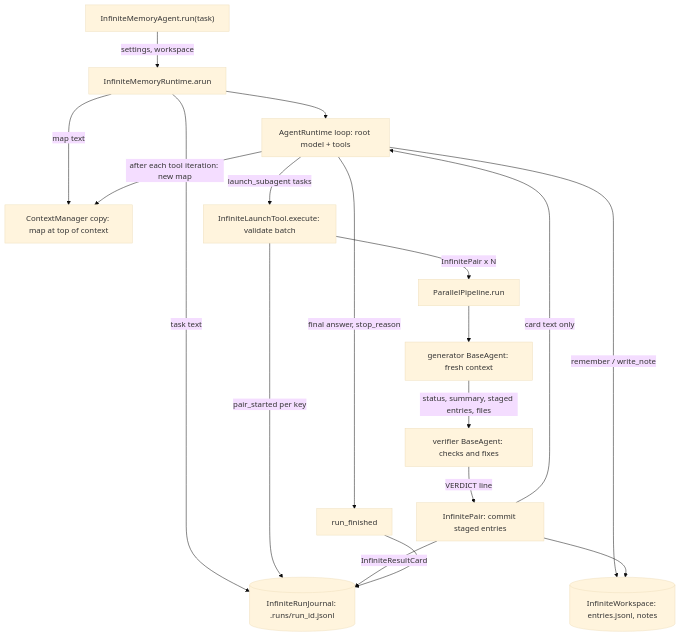
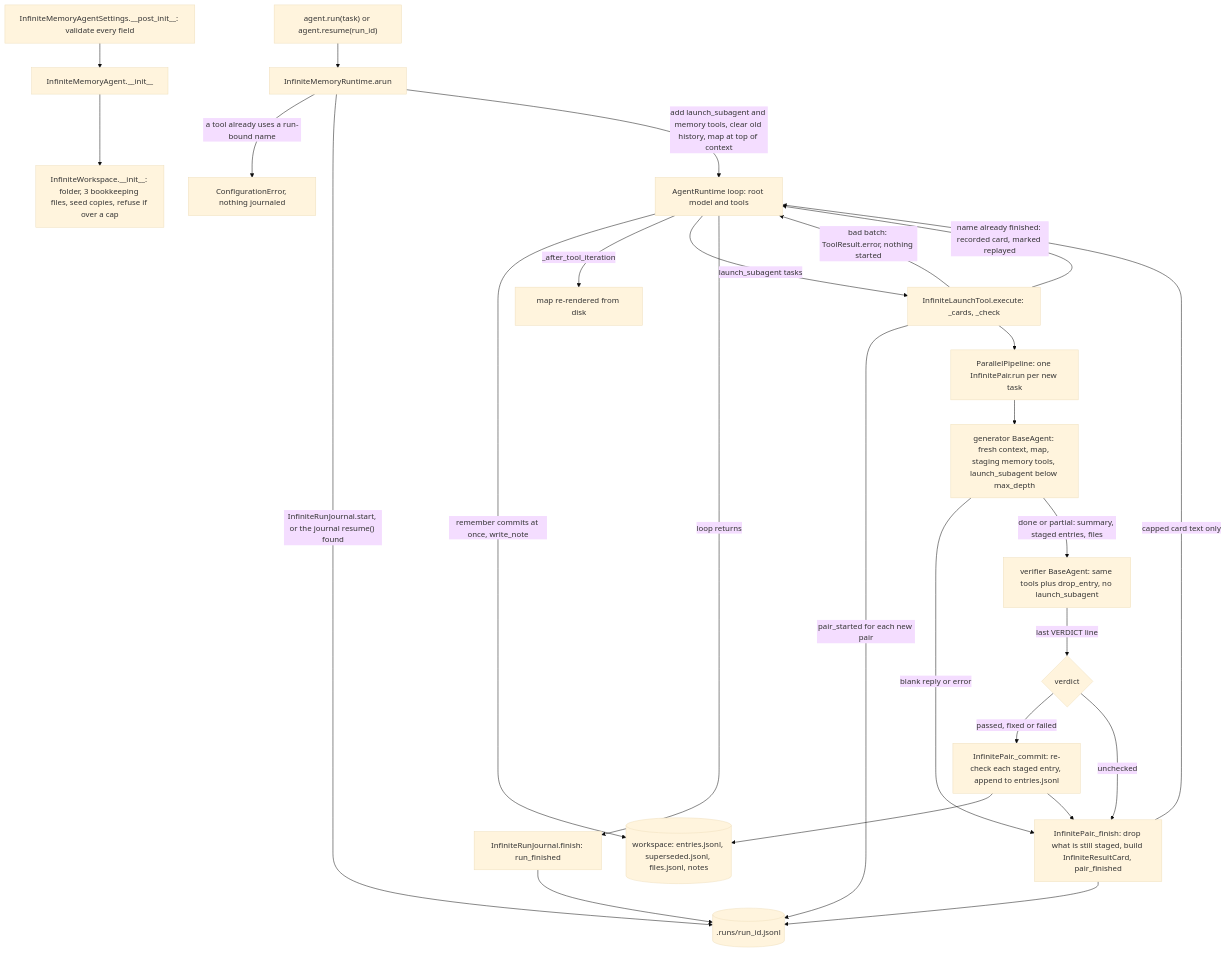
Before and after one commit to cerredz/Vidbyte-SDK: the first of 2 diagrams in docs/spec/infinite-memory-agent/spec.md, drawn with Mermaid (base theme). The commit also changed other lines of this file and 1 other file, not shown here.

Commit message:
docs(spec): finalize infinite-memory-agent for PR

````diff
--- a/docs/spec/infinite-memory-agent/spec.md
+++ b/docs/spec/infinite-memory-agent/spec.md
@@ -120,20 +120,28 @@
 ```mermaid
 flowchart TD
-  A["InfiniteMemoryAgent.run(task)"] -->|"settings, workspace"| B["InfiniteMemoryRuntime.arun"]
-  B -->|"task text"| J[("InfiniteRunJournal: .runs/run_id.jsonl")]
-  B -->|"map text"| M["ContextManager copy: map at top of context"]
-  B --> L["AgentRuntime loop: root model + tools"]
-  L -->|"remember / write_note"| W[("InfiniteWorkspace: entries.jsonl, notes")]
-  L -->|"launch_subagent tasks"| T["InfiniteLaunchTool.execute: validate batch"]
-  T -->|"pair_started per key"| J
-  T -->|"InfinitePair x N"| P["ParallelPipeline.run"]
-  P --> G["generator BaseAgent: fresh context"]
-  G -->|"status, summary, staged entries, files"| V["verifier BaseAgent: checks and fixes"]
-  V -->|"VERDICT line"| C["InfinitePair: commit staged entries"]
-  C --> W
-  C -->|"InfiniteResultCard"| J
-  C -->|"card text only"| L
-  L -->|"after each tool iteration: new map"| M
-  L -->|"final answer, stop_reason"| F["run_finished"]
+  S["InfiniteMemoryAgentSettings.__post_init__: validate every field"] --> A["InfiniteMemoryAgent.__init__"]
+  A --> WS["InfiniteWorkspace.__init__: folder, 3 bookkeeping files, seed copies, refuse if over a cap"]
+  R["agent.run(task) or agent.resume(run_id)"] --> RT["InfiniteMemoryRuntime.arun"]
+  RT -->|"a tool already uses a run-bound name"| X["ConfigurationError, nothing journaled"]
+  RT -->|"InfiniteRunJournal.start, or the journal resume() found"| J[(".runs/run_id.jsonl")]
+  RT -->|"add launch_subagent and memory tools, clear old history, map at top of context"| L["AgentRuntime loop: root model and tools"]
+  L -->|"remember commits at once, write_note"| W[("workspace: entries.jsonl, superseded.jsonl, files.jsonl, notes")]
+  L -->|"_after_tool_iteration"| M["map re-rendered from disk"]
+  L -->|"launch_subagent tasks"| T["InfiniteLaunchTool.execute: _cards, _check"]
+  T -->|"bad batch: ToolResult.error, nothing started"| L
+  T -->|"name already finished: recorded card, marked replayed"| L
+  T -->|"pair_started for each new pair"| J
+  T --> P["ParallelPipeline: one InfinitePair.run per new task"]
+  P --> G["generator BaseAgent: fresh context, map, staging memory tools, launch_subagent below max_depth"]
+  G -->|"blank reply or error"| F["InfinitePair._finish: drop what is still staged, build InfiniteResultCard, pair_finished"]
+  G -->|"done or partial: summary, staged entries, files"| V["verifier BaseAgent: same tools plus drop_entry, no launch_subagent"]
+  V -->|"last VERDICT line"| C{"verdict"}
+  C -->|"passed, fixed or failed"| CM["InfinitePair._commit: re-check each staged entry, append to entries.jsonl"]
+  C -->|"unchecked"| F
+  CM --> W
+  CM --> F
   F --> J
+  F -->|"capped card text only"| L
+  L -->|"loop returns"| RF["InfiniteRunJournal.finish: run_finished"]
+  RF --> J
 ```
````
